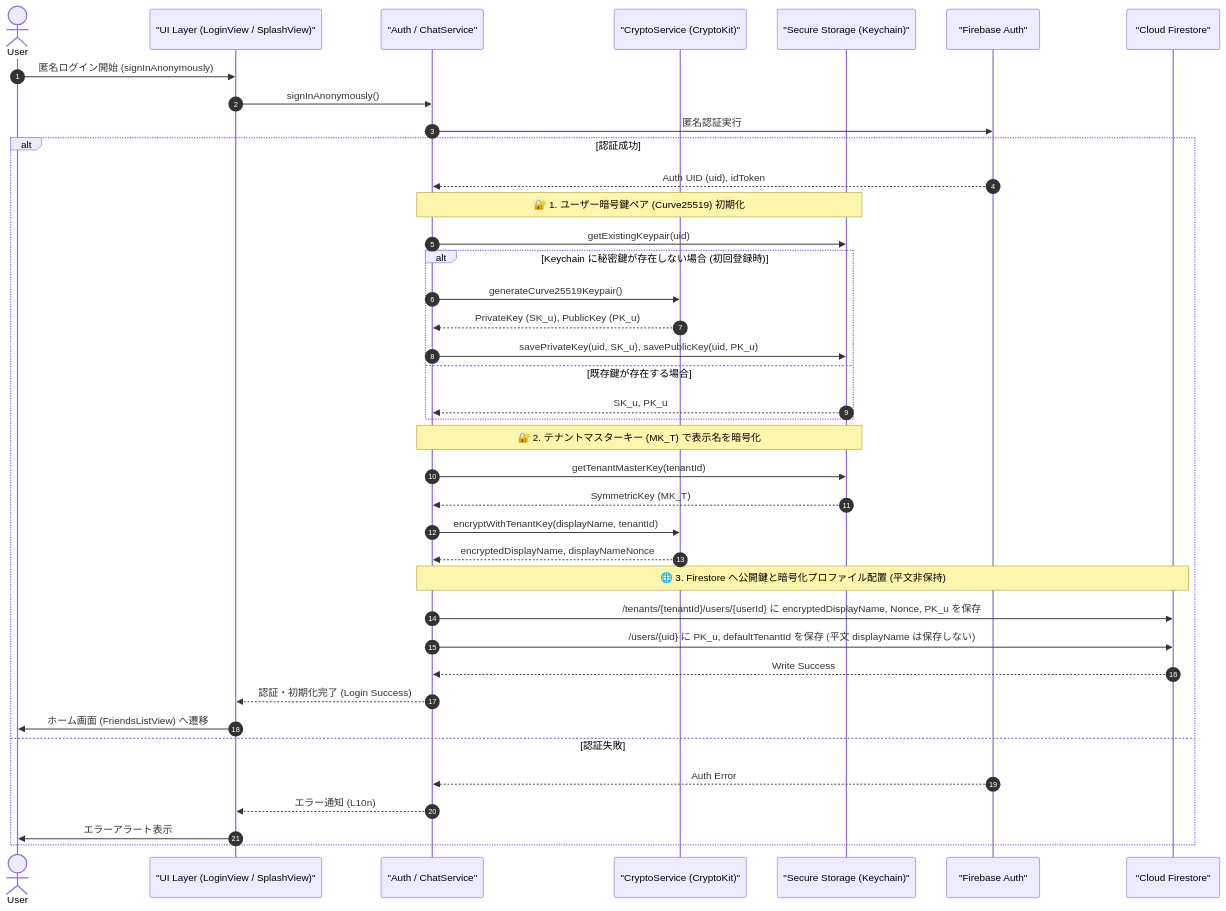
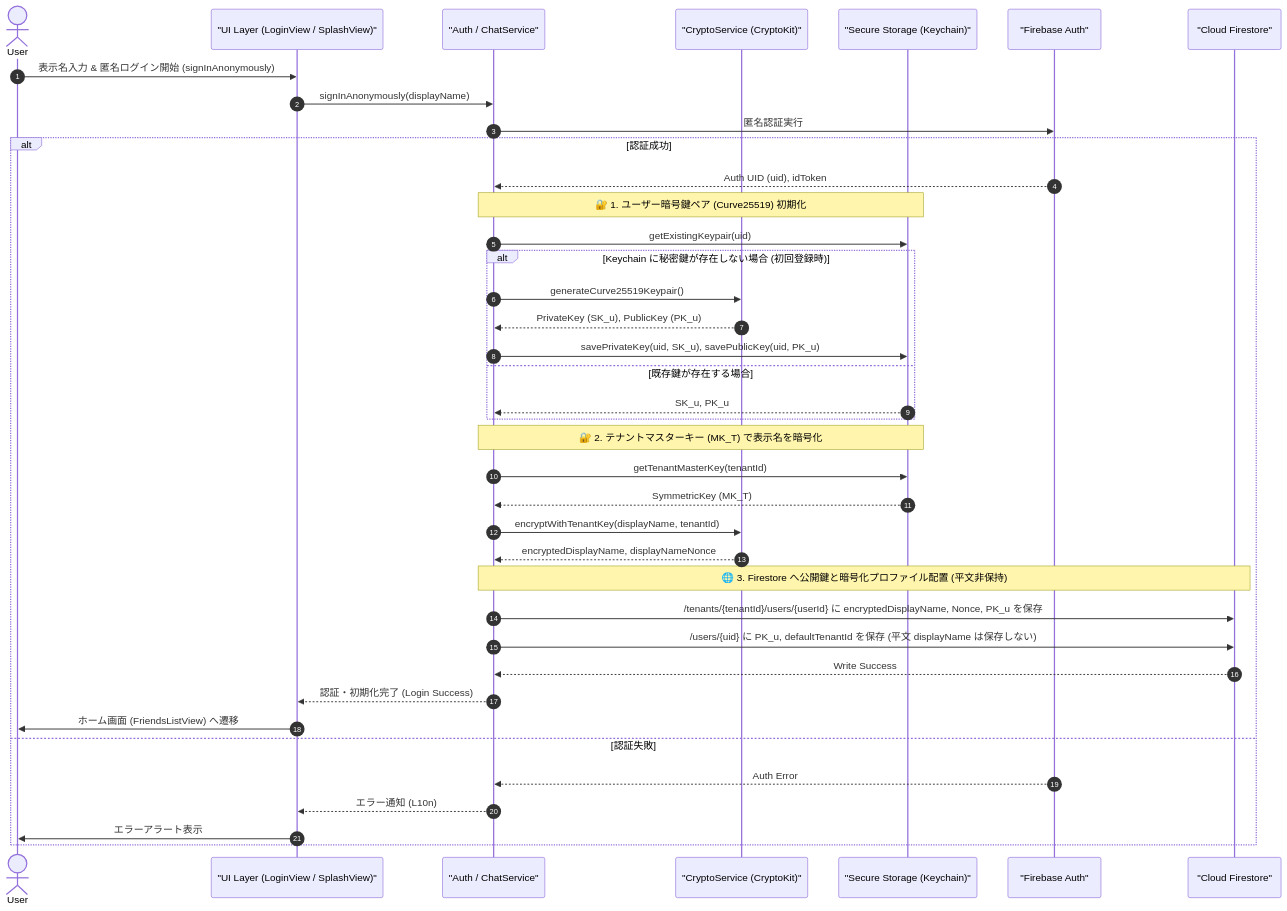
The diagram in doc/07-detailed-usecases/07-02-user-registration-login.md (kantowork/friends), drawn with Mermaid before and after one commit. The commit also changed 73 other files, not shown here.

````diff
--- a/doc/07-detailed-usecases/07-02-user-registration-login.md
+++ b/doc/07-detailed-usecases/07-02-user-registration-login.md
@@ -10,48 +10,48 @@
 ```mermaid
 sequenceDiagram
     autonumber
     actor User
     participant UI as "UI Layer (LoginView / SplashView)"
     participant AuthController as "Auth / ChatService"
     participant CryptoService as "CryptoService (CryptoKit)"
     participant Keychain as "Secure Storage (Keychain)"
     participant FirebaseAuth as "Firebase Auth"
     participant Firestore as "Cloud Firestore"
 
-    User->>UI: 匿名ログイン開始 (signInAnonymously)
-    UI->>AuthController: signInAnonymously()
+    User->>UI: 表示名入力 & 匿名ログイン開始 (signInAnonymously)
+    UI->>AuthController: signInAnonymously(displayName)
     AuthController->>FirebaseAuth: 匿名認証実行
 
     alt 認証成功
         FirebaseAuth-->>AuthController: Auth UID (uid), idToken
         
         Note over AuthController,Keychain: 🔐 1. ユーザー暗号鍵ペア (Curve25519) 初期化
         AuthController->>Keychain: getExistingKeypair(uid)
         
         alt Keychain に秘密鍵が存在しない場合 (初回登録時)
             AuthController->>CryptoService: generateCurve25519Keypair()
             CryptoService-->>AuthController: PrivateKey (SK_u), PublicKey (PK_u)
             AuthController->>Keychain: savePrivateKey(uid, SK_u), savePublicKey(uid, PK_u)
         else 既存鍵が存在する場合
             Keychain-->>AuthController: SK_u, PK_u
         end
 
         Note over AuthController,Keychain: 🔐 2. テナントマスターキー (MK_T) で表示名を暗号化
         AuthController->>Keychain: getTenantMasterKey(tenantId)
         Keychain-->>AuthController: SymmetricKey (MK_T)
         AuthController->>CryptoService: encryptWithTenantKey(displayName, tenantId)
         CryptoService-->>AuthController: encryptedDisplayName, displayNameNonce
 
         Note over AuthController,Firestore: 🌐 3. Firestore へ公開鍵と暗号化プロファイル配置 (平文非保持)
         AuthController->>Firestore: /tenants/{tenantId}/users/{userId} に encryptedDisplayName, Nonce, PK_u を保存
         AuthController->>Firestore: /users/{uid} に PK_u, defaultTenantId を保存 (平文 displayName は保存しない)
         Firestore-->>AuthController: Write Success
 
         AuthController-->>UI: 認証・初期化完了 (Login Success)
         UI->>User: ホーム画面 (FriendsListView) へ遷移
     else 認証失敗
         FirebaseAuth-->>AuthController: Auth Error
         AuthController-->>UI: エラー通知 (L10n)
         UI->>User: エラーアラート表示
     end
 ```
````
